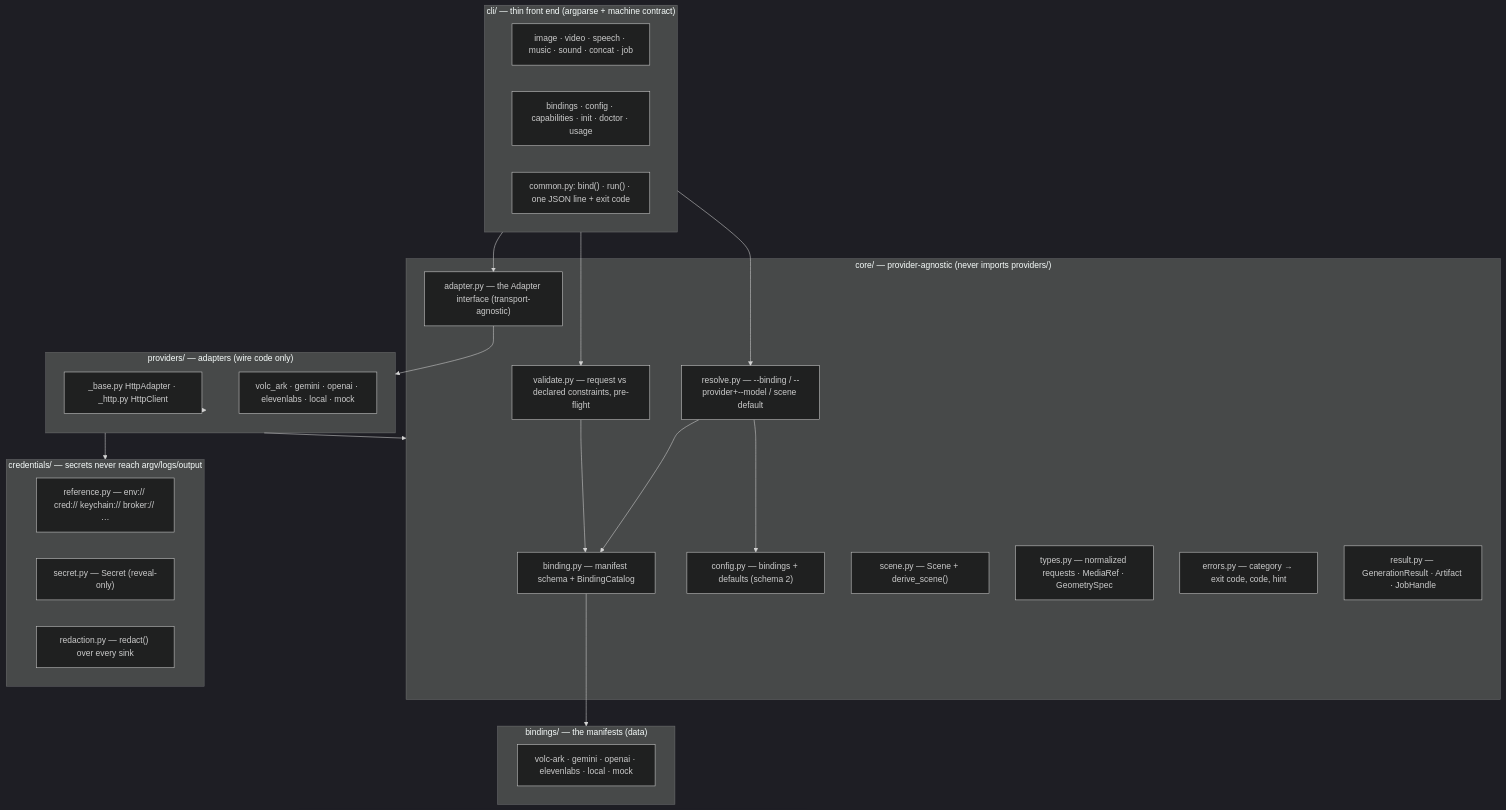
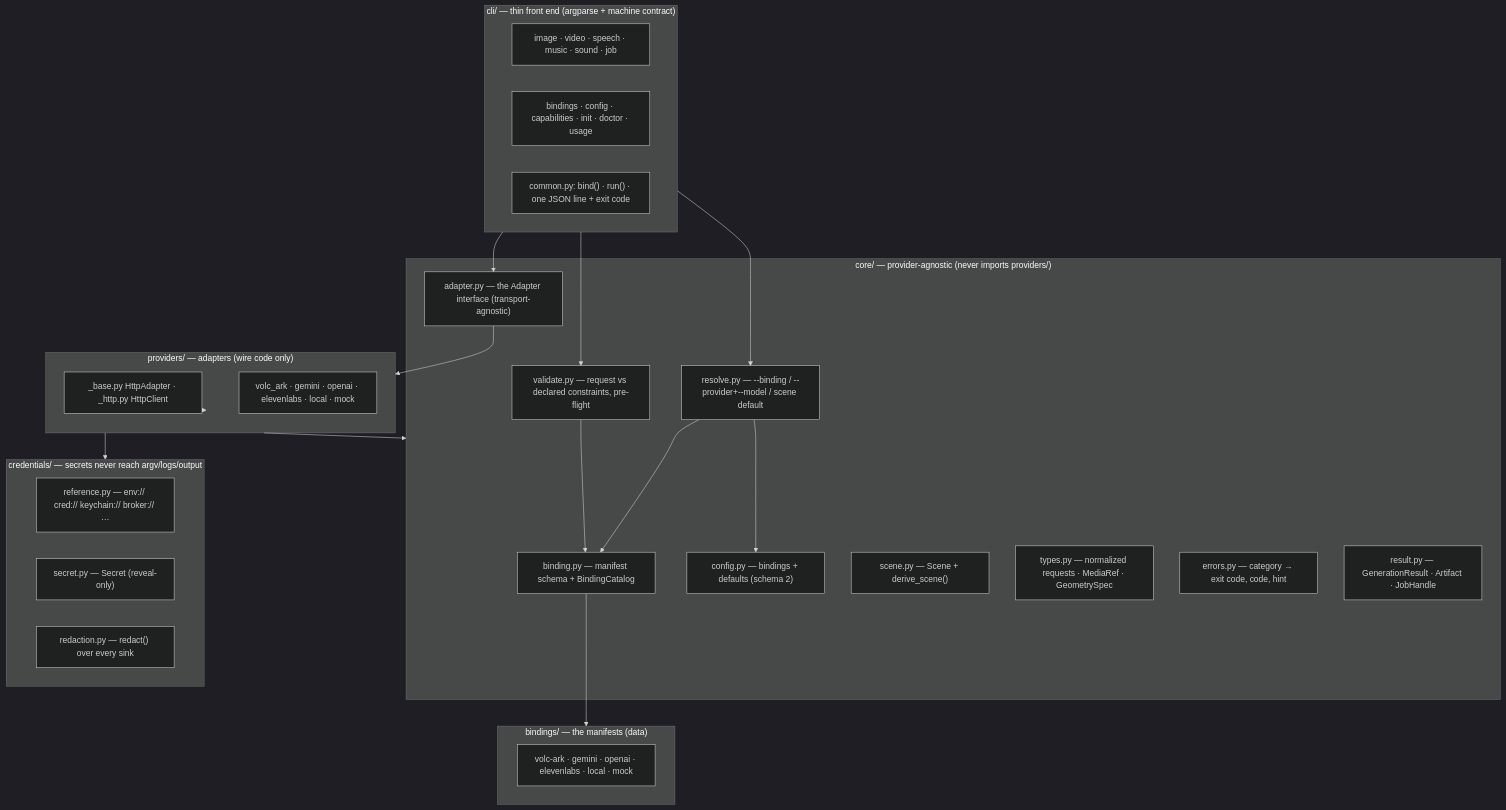
One commit to BrandoZhang/media-ai changed the first of 2 diagrams in docs/ARCHITECTURE.md. Above: the diagram before and after it, drawn with Mermaid (dark theme). The commit also changed 67 other files, not shown here.

````diff
--- a/docs/ARCHITECTURE.md
+++ b/docs/ARCHITECTURE.md
@@ -42,47 +42,47 @@
 ```mermaid
 flowchart TB
     subgraph CLI["cli/ — thin front end (argparse + machine contract)"]
-        C1["image · video · speech · music · sound · concat · job"]
+        C1["image · video · speech · music · sound · job"]
         C2["bindings · config · capabilities · init · doctor · usage"]
         C3["common.py: bind() · run() · one JSON line + exit code"]
     end
 
     subgraph CORE["core/ — provider-agnostic (never imports providers/)"]
         B["binding.py — manifest schema + BindingCatalog"]
         R["resolve.py — --binding / --provider+--model / scene default"]
         CF["config.py — bindings + defaults (schema 2)"]
         S["scene.py — Scene + derive_scene()"]
         V["validate.py — request vs declared constraints, pre-flight"]
         A["adapter.py — the Adapter interface (transport-agnostic)"]
         T["types.py — normalized requests · MediaRef · GeometrySpec"]
         ERR["errors.py — category → exit code, code, hint"]
         RES["result.py — GenerationResult · Artifact · JobHandle"]
     end
 
     subgraph MAN["bindings/ — the manifests (data)"]
         M1["volc-ark · gemini · openai · elevenlabs · local · mock"]
     end
 
     subgraph PROV["providers/ — adapters (wire code only)"]
         BASE["_base.py HttpAdapter · _http.py HttpClient"]
         IMPL["volc_ark · gemini · openai · elevenlabs · local · mock"]
     end
 
     subgraph CRED["credentials/ — secrets never reach argv/logs/output"]
         REF["reference.py — env:// cred:// keychain:// broker:// …"]
         SEC["secret.py — Secret (reveal-only)"]
         RED["redaction.py — redact() over every sink"]
     end
 
     CLI --> R
     R --> CF
     R --> B
     B --> MAN
     CLI --> V
     V --> B
     CLI --> A
     A --> PROV
     PROV --> BASE
     PROV --> CORE
     PROV --> CRED
 ```
````
